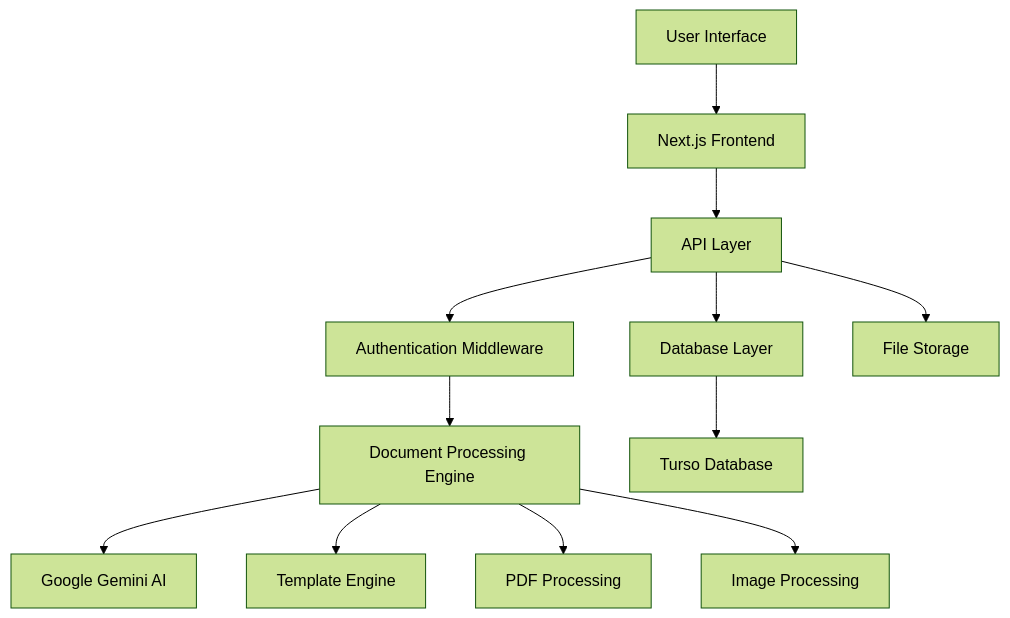
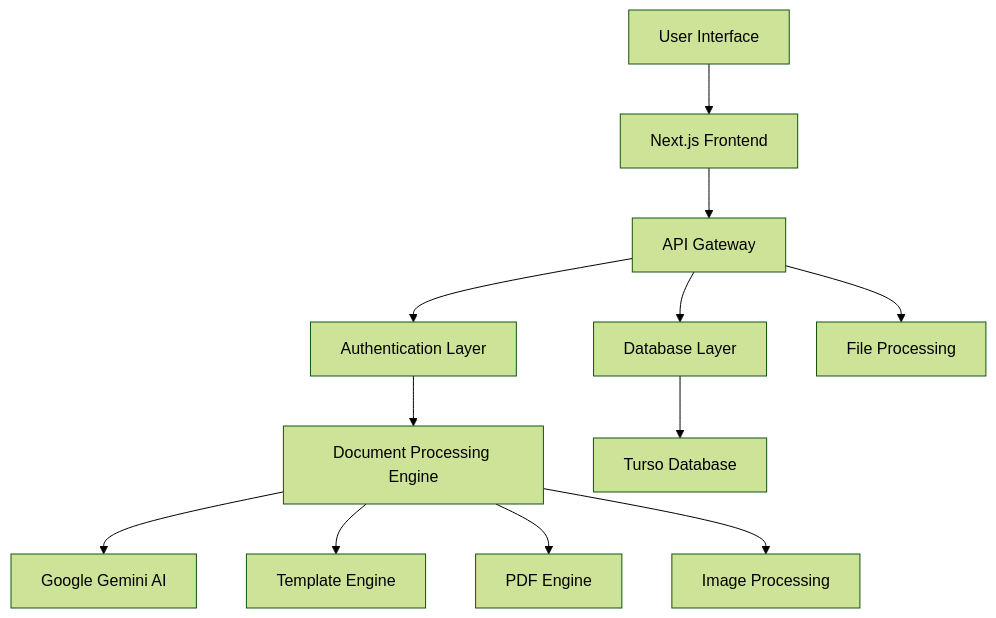
One commit to ibz-arain/DocMate changed the diagram in README.md. Above: the diagram before and after it, drawn with Mermaid (forest theme). The commit also changed other lines of this file, not shown here.

````diff
--- a/README.md
+++ b/README.md
@@ -120,14 +133,14 @@
 ```mermaid
 graph TB
     A[User Interface] --> B[Next.js Frontend]
-    B --> C[API Layer]
-    C --> D[Authentication Middleware]
+    B --> C[API Gateway]
+    C --> D[Authentication Layer]
     D --> E[Document Processing Engine]
     E --> F[Google Gemini AI]
     E --> G[Template Engine]
     C --> H[Database Layer]
     H --> I[Turso Database]
-    C --> J[File Storage]
-    E --> K[PDF Processing]
+    C --> J[File Processing]
+    E --> K[PDF Engine]
     E --> L[Image Processing]
 ```
````
